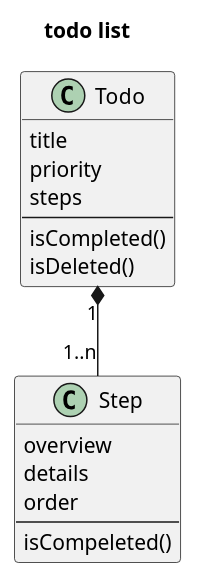
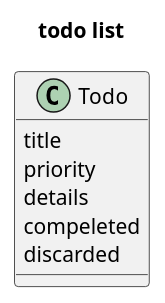
One commit to Keyhoh/short-todo-list changed the diagram in docs/class-diagram.pu. Above: the diagram before and after it, drawn with PlantUML. The commit also changed 1 other file, not shown here.

Commit message:
remove step

```diff
--- a/docs/class-diagram.pu
+++ b/docs/class-diagram.pu
@@ -1,23 +1,12 @@
 @startuml
 title todo list
 
 class Todo{
     title
     priority
-    steps
-    --
-    isCompleted()
-    isDeleted()
+    details
+    compeleted
+    discarded
 }
 
-class Step{
-    overview
-    details
-    order
-    --
-    isCompeleted()
-}
-
-Todo "1" *-- "1..n" Step
-
 @enduml
```
